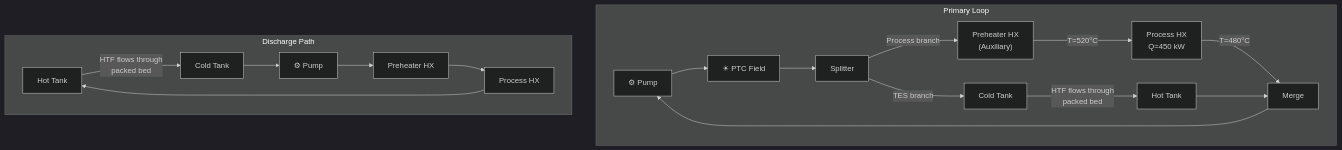
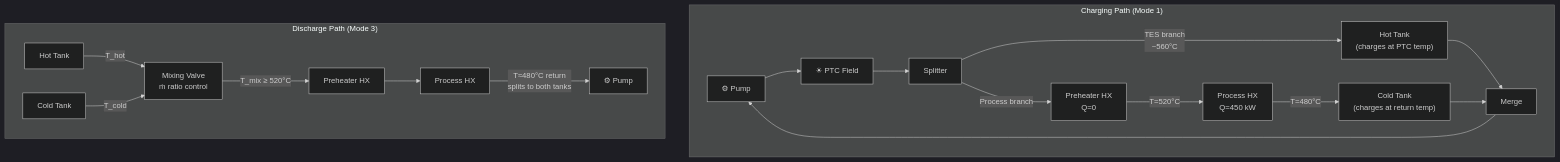
Before and after one commit to iwolde/pbtes-sim: the second of 17 diagrams in .planning/PLANT_LAYOUTS_AND_MODES.md, drawn with Mermaid (dark theme). The commit also changed other lines of this file and 1 other file, not shown here.

Commit message:
docs: Redesign 2-tank direct config with parallel discharge mixing valve

````diff
--- a/.planning/PLANT_LAYOUTS_AND_MODES.md
+++ b/.planning/PLANT_LAYOUTS_AND_MODES.md
@@ -160,22 +173,22 @@
 ```mermaid
 graph TD
-    subgraph "Primary Loop"
+    subgraph "Charging Path (Mode 1)"
         P1["⚙ Pump"] --> PTC["☀ PTC Field"]
         PTC --> SP["Splitter"]
-        SP -->|"Process branch"| PH["Preheater HX<br/>(Auxiliary)"]
+        SP -->|"TES branch<br/>~560°C"| HT["Hot Tank<br/>(charges at PTC temp)"]
+        HT --> MG["Merge"]
+        SP -->|"Process branch"| PH["Preheater HX<br/>Q=0"]
         PH -->|"T=520°C"| PR["Process HX<br/>Q=450 kW"]
-        PR -->|"T=480°C"| MG["Merge"]
-        SP -->|"TES branch"| CT["Cold Tank"] 
-        CT -->|"HTF flows through<br/>packed bed"| HT["Hot Tank"]
-        HT --> MG
+        PR -->|"T=480°C"| CT["Cold Tank<br/>(charges at return temp)"]
+        CT --> MG
         MG --> P1
     end
 
-    subgraph "Discharge Path"
-        HT2["Hot Tank"] -->|"HTF flows through<br/>packed bed"| CT2["Cold Tank"]
-        CT2 --> P1D["⚙ Pump"]
-        P1D --> PH2["Preheater HX"]
+    subgraph "Discharge Path (Mode 3)"
+        HT2["Hot Tank"] -->|"T_hot"| MV["Mixing Valve<br/>ṁ ratio control"]
+        CT2["Cold Tank"] -->|"T_cold"| MV
+        MV -->|"T_mix ≥ 520°C"| PH2["Preheater HX"]
         PH2 --> PR2["Process HX"]
-        PR2 --> HT2
+        PR2 -->|"T≈480°C return<br/>splits to both tanks"| P1D["⚙ Pump"]
     end
 ```
````
